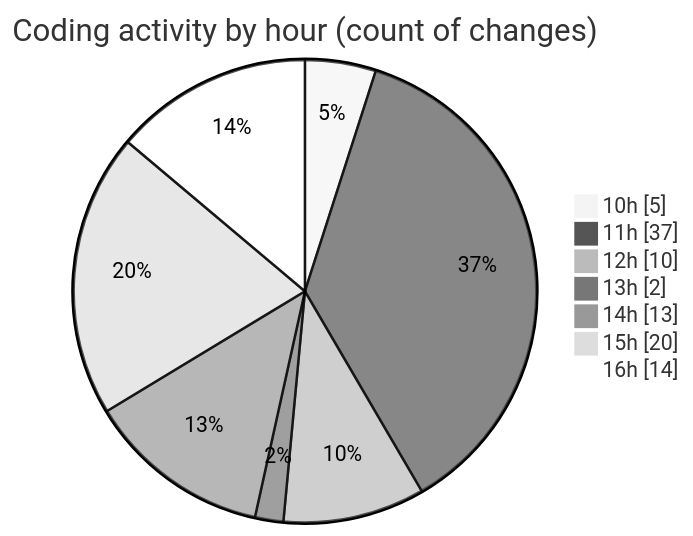
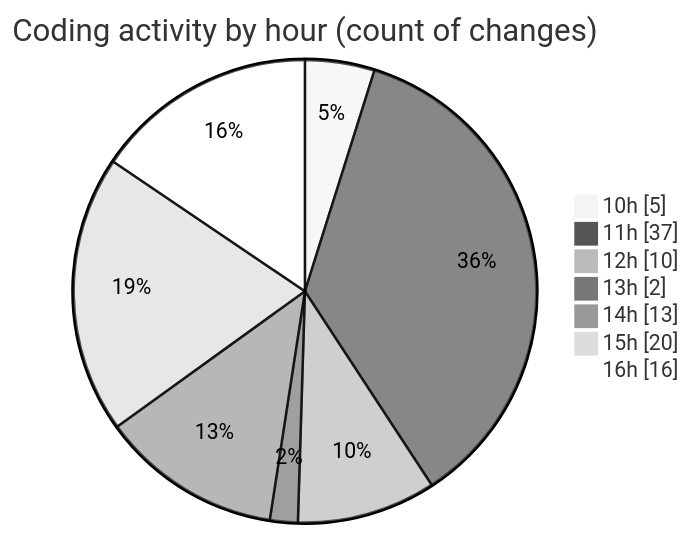
Before and after one commit to momahboobian/code-tracking: the second of 2 diagrams in 2025-07-07/cda/README.md, drawn with Mermaid (neutral theme). The commit also changed other lines of this file and 1 other file, not shown here.

````diff
--- a/2025-07-07/cda/README.md
+++ b/2025-07-07/cda/README.md
@@ -44,11 +46,11 @@
 ```mermaid
 pie showData
 title Coding activity by hour (count of changes)
 "10h" : 5
 "11h" : 37
 "12h" : 10
 "13h" : 2
 "14h" : 13
 "15h" : 20
-"16h" : 14
+"16h" : 16
 ```
````
